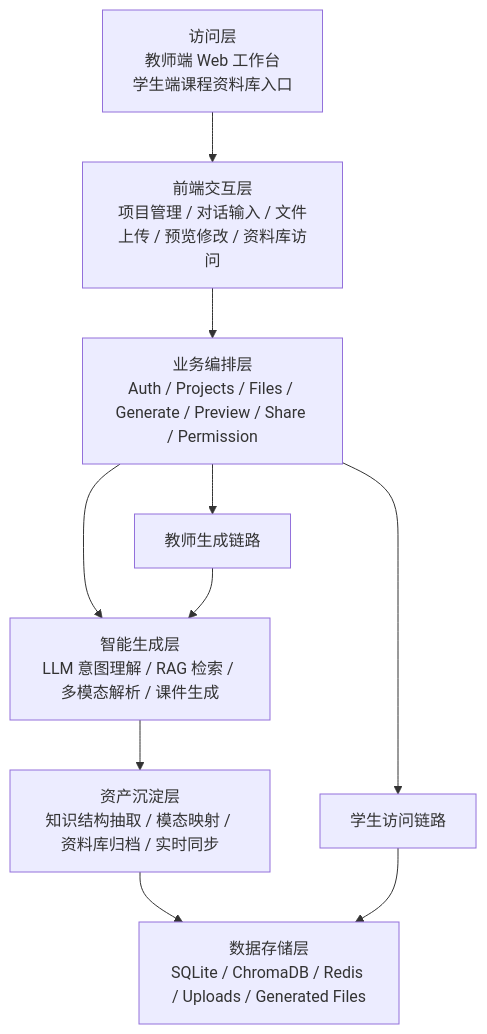
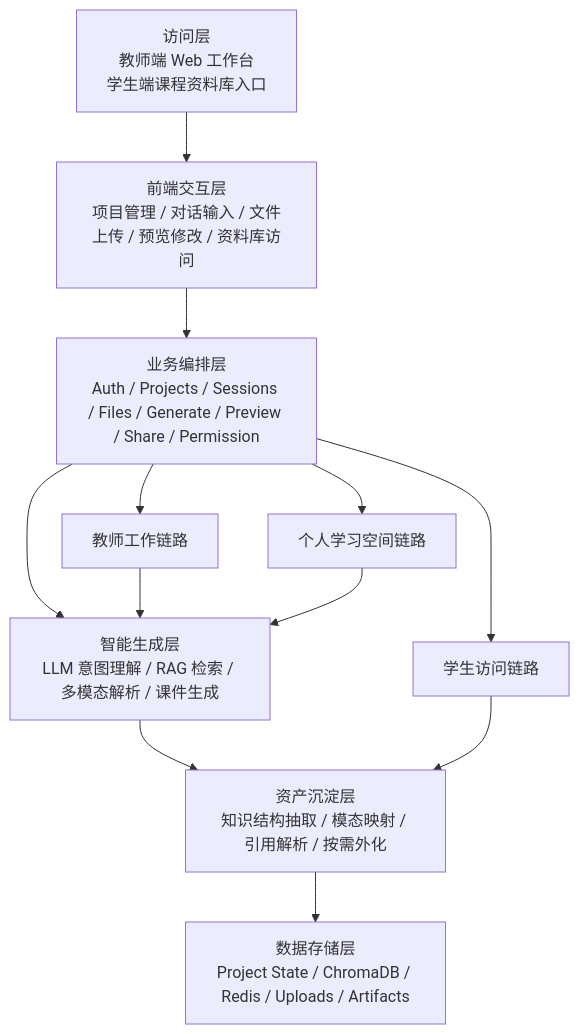
One commit to ln-one/Spectra changed the first of 3 diagrams in docs/competition/04-architecture.md. Above: the diagram before and after it, drawn with Mermaid. The commit also changed other lines of this file and 15 other files, not shown here.

````diff
--- a/docs/competition/04-architecture.md
+++ b/docs/competition/04-architecture.md
@@ -33,13 +33,15 @@
 ```mermaid
 flowchart TD
     A["访问层<br/>教师端 Web 工作台<br/>学生端课程资料库入口"] --> B["前端交互层<br/>项目管理 / 对话输入 / 文件上传 / 预览修改 / 资料库访问"]
-    B --> C["业务编排层<br/>Auth / Projects / Files / Generate / Preview / Share / Permission"]
+    B --> C["业务编排层<br/>Auth / Projects / Sessions / Files / Generate / Preview / Share / Permission"]
     C --> D["智能生成层<br/>LLM 意图理解 / RAG 检索 / 多模态解析 / 课件生成"]
-    D --> E["资产沉淀层<br/>知识结构抽取 / 模态映射 / 资料库归档 / 实时同步"]
-    E --> F["数据存储层<br/>SQLite / ChromaDB / Redis / Uploads / Generated Files"]
+    D --> E["资产沉淀层<br/>知识结构抽取 / 模态映射 / 引用解析 / 按需外化"]
+    E --> F["数据存储层<br/>Project State / ChromaDB / Redis / Uploads / Artifacts"]
 
-    C --> G["教师生成链路"]
+    C --> G["教师工作链路"]
     C --> H["学生访问链路"]
+    C --> I["个人学习空间链路"]
     G --> D
-    H --> F
+    H --> E
+    I --> D
 ```
````
